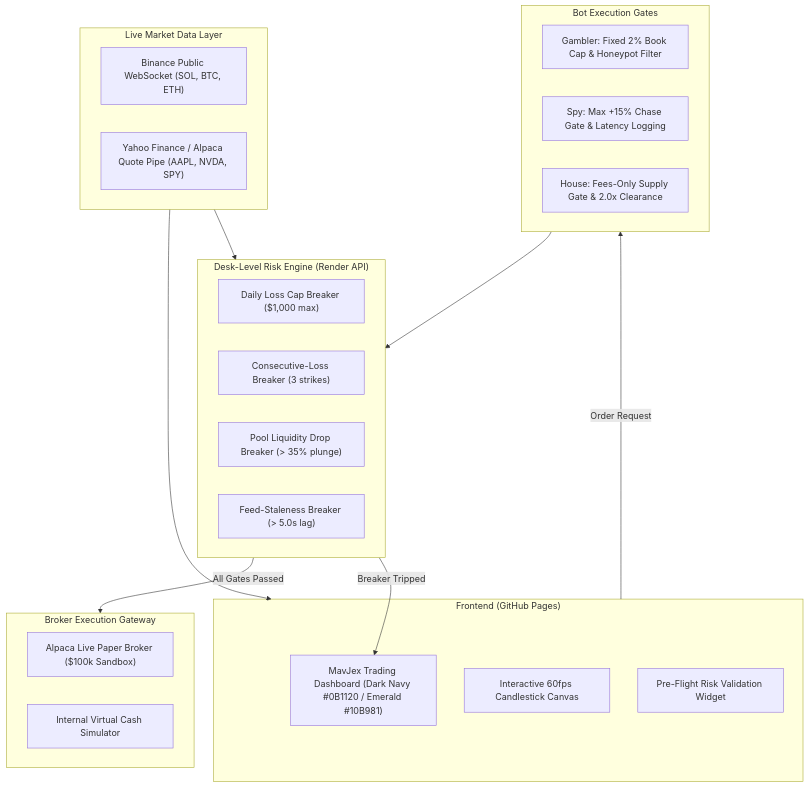
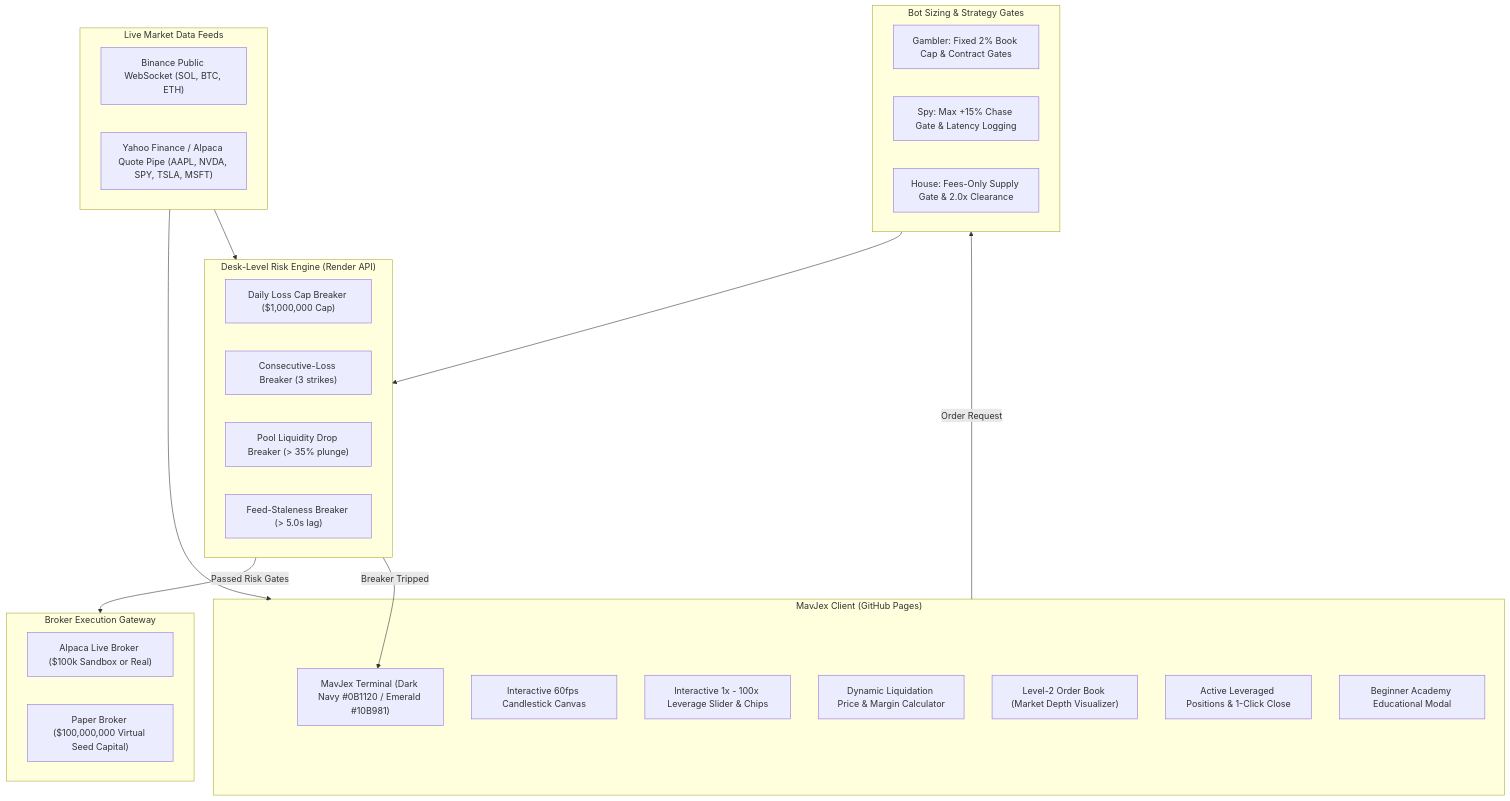
The diagram in README.md (Rohit-Jigar/mavjex), drawn with Mermaid before and after one commit. The commit also changed other lines of this file and 6 other files, not shown here.

Commit message:
feat: beginner-friendly  paper trading with 1x-100x leverage, liquidation calculator, and dual mode

````diff
--- a/README.md
+++ b/README.md
@@ -41,38 +41,42 @@
 ```mermaid
 flowchart TD
-    subgraph MarketFeeds ["Live Market Data Layer"]
+    subgraph MarketFeeds ["Live Market Data Feeds"]
         CryptoPipe["Binance Public WebSocket (SOL, BTC, ETH)"]
-        StockPipe["Yahoo Finance / Alpaca Quote Pipe (AAPL, NVDA, SPY)"]
+        StockPipe["Yahoo Finance / Alpaca Quote Pipe (AAPL, NVDA, SPY, TSLA, MSFT)"]
     end
 
-    subgraph ClientLayer ["Frontend (GitHub Pages)"]
-        UI["MavJex Trading Dashboard (Dark Navy #0B1120 / Emerald #10B981)"]
+    subgraph DualTerminal ["MavJex Client (GitHub Pages)"]
+        TerminalUI["MavJex Terminal (Dark Navy #0B1120 / Emerald #10B981)"]
         CanvasChart["Interactive 60fps Candlestick Canvas"]
-        PreFlight["Pre-Flight Risk Validation Widget"]
+        LevSlider["Interactive 1x - 100x Leverage Slider & Chips"]
+        LiqCalc["Dynamic Liquidation Price & Margin Calculator"]
+        DepthLadder["Level-2 Order Book (Market Depth Visualizer)"]
+        PositionsTable["Active Leveraged Positions & 1-Click Close"]
+        AcademyModal["Beginner Academy Educational Modal"]
     end
 
     subgraph DeskLayer ["Desk-Level Risk Engine (Render API)"]
-        DailyLoss["Daily Loss Cap Breaker ($1,000 max)"]
+        DailyLoss["Daily Loss Cap Breaker ($1,000,000 Cap)"]
         ConsecLoss["Consecutive-Loss Breaker (3 strikes)"]
         Liquidity["Pool Liquidity Drop Breaker (&gt; 35% plunge)"]
         FeedLag["Feed-Staleness Breaker (&gt; 5.0s lag)"]
     end
 
-    subgraph BotGates ["Bot Execution Gates"]
-        Gambler["Gambler: Fixed 2% Book Cap & Honeypot Filter"]
+    subgraph BotGates ["Bot Sizing & Strategy Gates"]
+        Gambler["Gambler: Fixed 2% Book Cap & Contract Gates"]
         Spy["Spy: Max +15% Chase Gate & Latency Logging"]
         House["House: Fees-Only Supply Gate & 2.0x Clearance"]
     end
 
     subgraph ExecutionLayer ["Broker Execution Gateway"]
-        AlpacaLive["Alpaca Live Paper Broker ($100k Sandbox)"]
-        InternalPaper["Internal Virtual Cash Simulator"]
+        AlpacaLive["Alpaca Live Broker ($100k Sandbox or Real)"]
+        InternalPaper["Paper Broker ($100,000,000 Virtual Seed Capital)"]
     end
 
-    MarketFeeds --> ClientLayer
+    MarketFeeds --> DualTerminal
     MarketFeeds --> DeskLayer
-    ClientLayer -->|Order Request| BotGates
+    DualTerminal -->|Order Request| BotGates
     BotGates --> DeskLayer
-    DeskLayer -->|All Gates Passed| ExecutionLayer
-    DeskLayer -->|Breaker Tripped| UI
+    DeskLayer -->|Passed Risk Gates| ExecutionLayer
+    DeskLayer -->|Breaker Tripped| TerminalUI
 ```
````
